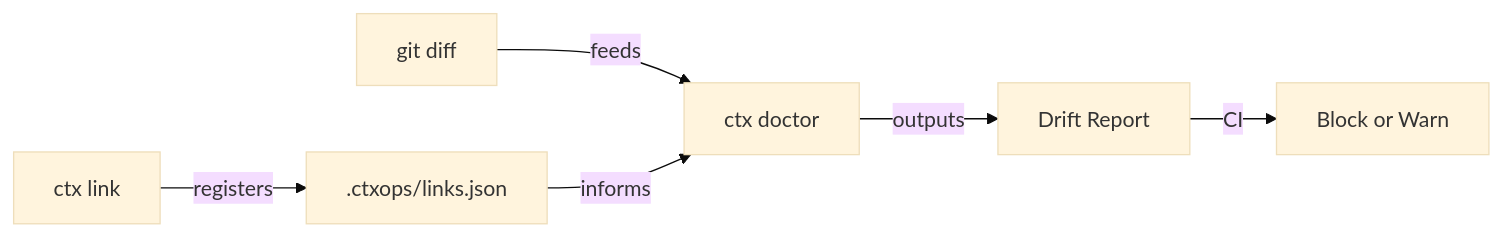
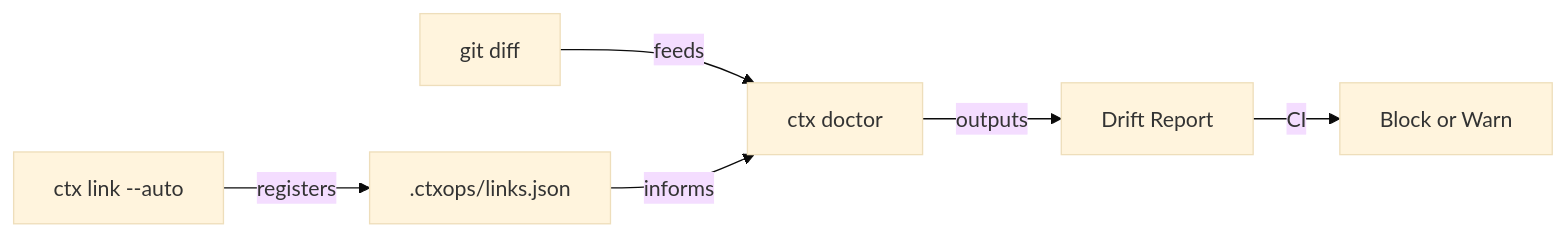
Before and after one commit to yuxfeng275/ctxops: the diagram in README.md, drawn with Mermaid (base theme). The commit also changed other lines of this file and 2 other files, not shown here.

First line of the commit message:
docs: update README, README.zh-CN, and roadmap with auto-link + agent integration

````diff
--- a/README.md
+++ b/README.md
@@ -70,8 +70,8 @@
 ```mermaid
 graph LR
-    A[ctx link] -->|registers| B[".ctxops/links.json"]
+    A[ctx link --auto] -->|registers| B[".ctxops/links.json"]
     C[git diff] -->|feeds| D[ctx doctor]
     B -->|informs| D
     D -->|outputs| E["Drift Report"]
     E -->|CI| F["Block or Warn"]
 ```
````
